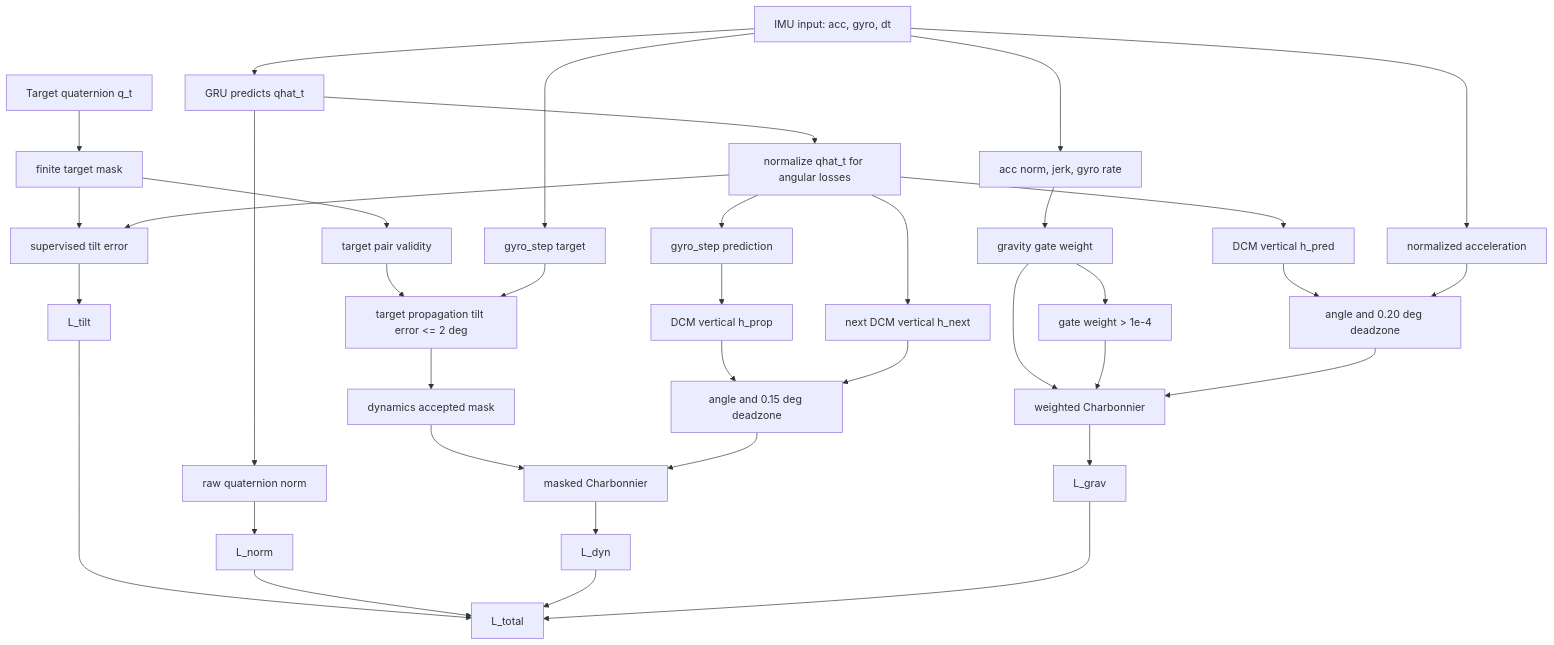
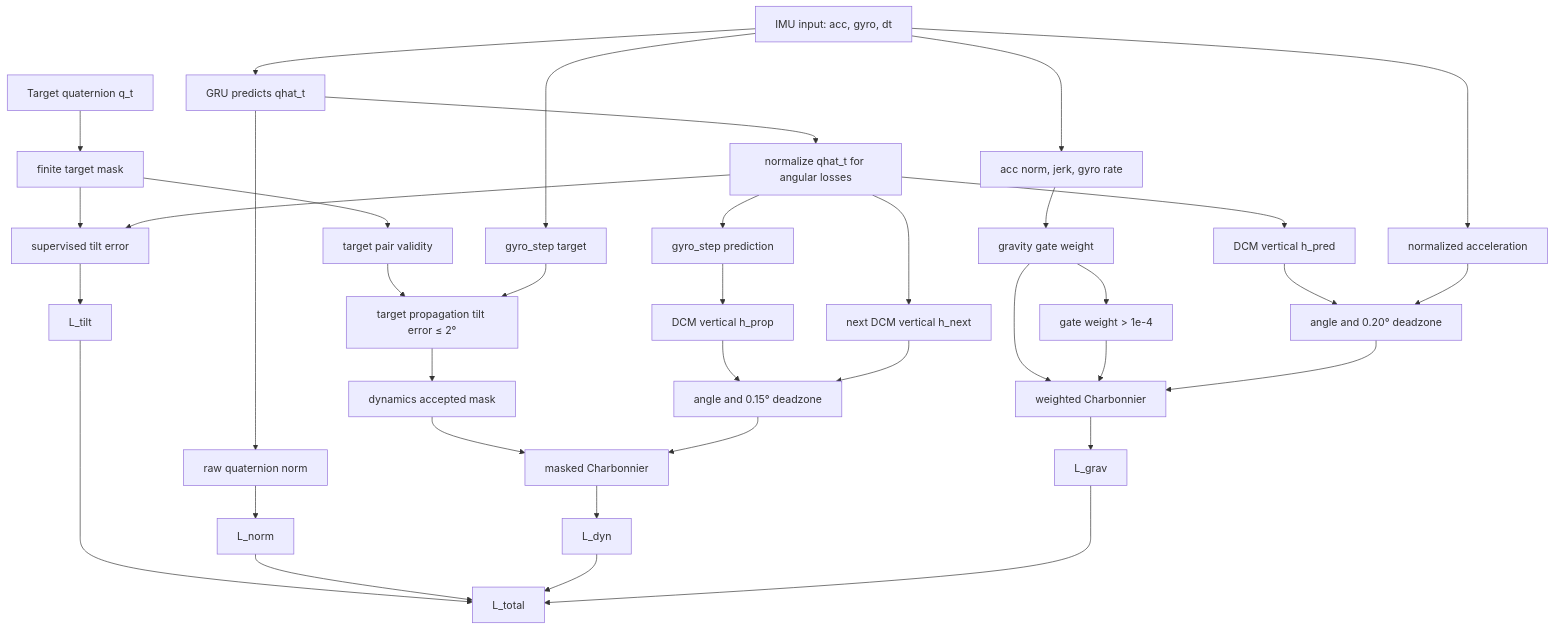
Before and after one commit to Armanasq/TG-DCM-PINN: the diagram in docs/reference/mathematics.md, drawn with Mermaid. The commit also changed 1 other file, not shown here.

Commit message:
Fix GitHub Mermaid diagrams

````diff
--- a/docs/reference/mathematics.md
+++ b/docs/reference/mathematics.md
@@ -934,42 +934,42 @@
 ```mermaid
 flowchart TD
-    A[IMU input: acc, gyro, dt] --> B[GRU predicts qhat_t]
-    T[Target quaternion q_t] --> C[finite target mask]
-    B --> D[normalize qhat_t for angular losses]
-    C --> E[supervised tilt error]
+    A["IMU input: acc, gyro, dt"] --> B["GRU predicts qhat_t"]
+    T["Target quaternion q_t"] --> C["finite target mask"]
+    B --> D["normalize qhat_t for angular losses"]
+    C --> E["supervised tilt error"]
     D --> E
-    E --> F[L_tilt]
-    B --> G[raw quaternion norm]
-    G --> H[L_norm]
+    E --> F["L_tilt"]
+    B --> G["raw quaternion norm"]
+    G --> H["L_norm"]
 
-    C --> I[target pair validity]
-    A --> J[gyro_step target]
-    I --> K[target propagation tilt error <= 2 deg]
+    C --> I["target pair validity"]
+    A --> J["gyro_step target"]
+    I --> K["target propagation tilt error ≤ 2°"]
     J --> K
-    K --> L[dynamics accepted mask]
-    D --> M[gyro_step prediction]
-    M --> N[DCM vertical h_prop]
-    D --> O[next DCM vertical h_next]
-    N --> P[angle and 0.15 deg deadzone]
+    K --> L["dynamics accepted mask"]
+    D --> M["gyro_step prediction"]
+    M --> N["DCM vertical h_prop"]
+    D --> O["next DCM vertical h_next"]
+    N --> P["angle and 0.15° deadzone"]
     O --> P
-    L --> Q[masked Charbonnier]
+    L --> Q["masked Charbonnier"]
     P --> Q
-    Q --> R[L_dyn]
+    Q --> R["L_dyn"]
 
-    A --> S[acc norm, jerk, gyro rate]
-    S --> U[gravity gate weight]
-    U --> V[gate weight > 1e-4]
-    D --> W[DCM vertical h_pred]
-    A --> X[normalized acceleration]
-    W --> Y[angle and 0.20 deg deadzone]
+    A --> S["acc norm, jerk, gyro rate"]
+    S --> U["gravity gate weight"]
+    U --> V["gate weight > 1e-4"]
+    D --> W["DCM vertical h_pred"]
+    A --> X["normalized acceleration"]
+    W --> Y["angle and 0.20° deadzone"]
     X --> Y
-    U --> Z[weighted Charbonnier]
+    U --> Z["weighted Charbonnier"]
     V --> Z
     Y --> Z
-    Z --> AA[L_grav]
+    Z --> AA["L_grav"]
 
-    F --> AB[L_total]
+    F --> AB["L_total"]
     H --> AB
     R --> AB
     AA --> AB
 ```
````
